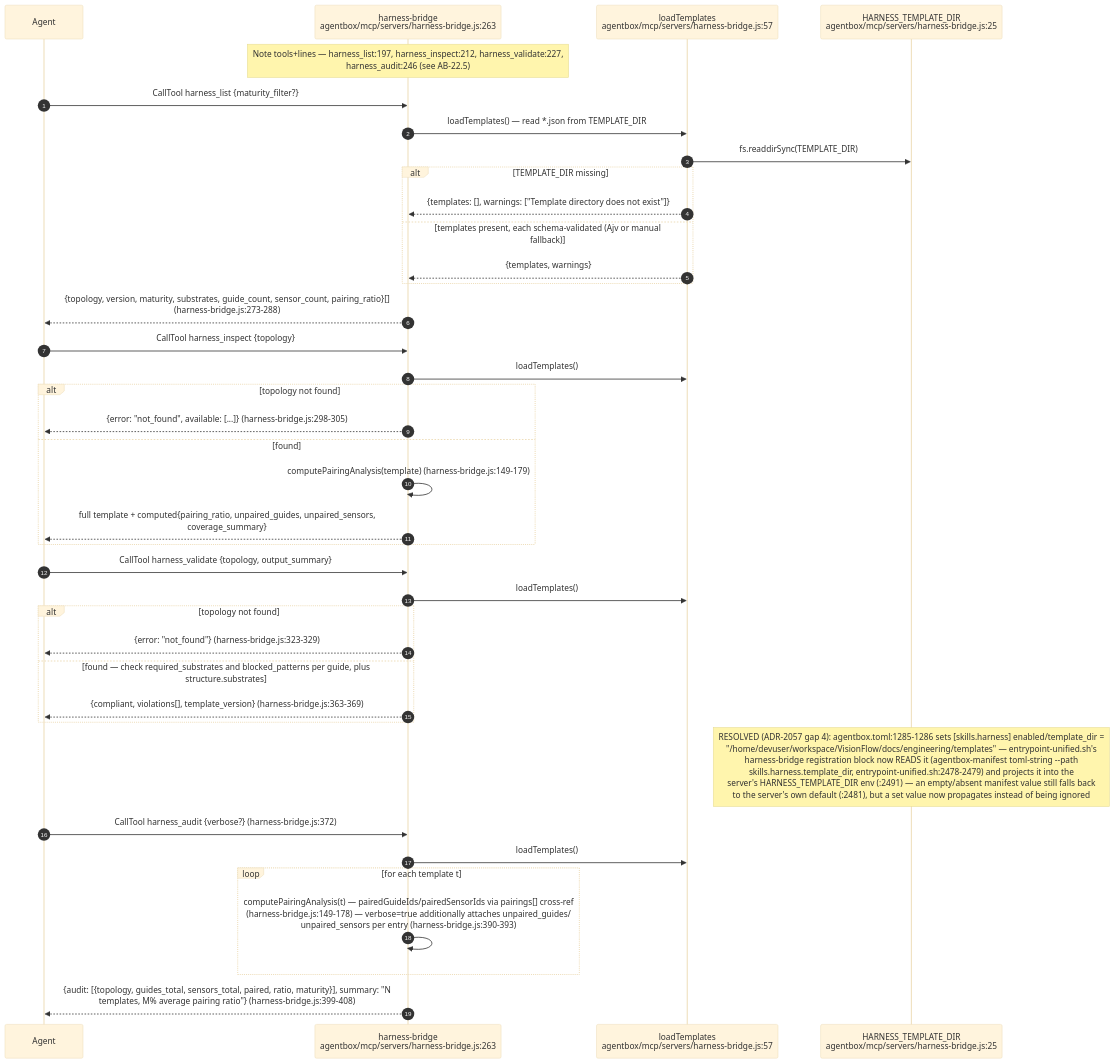
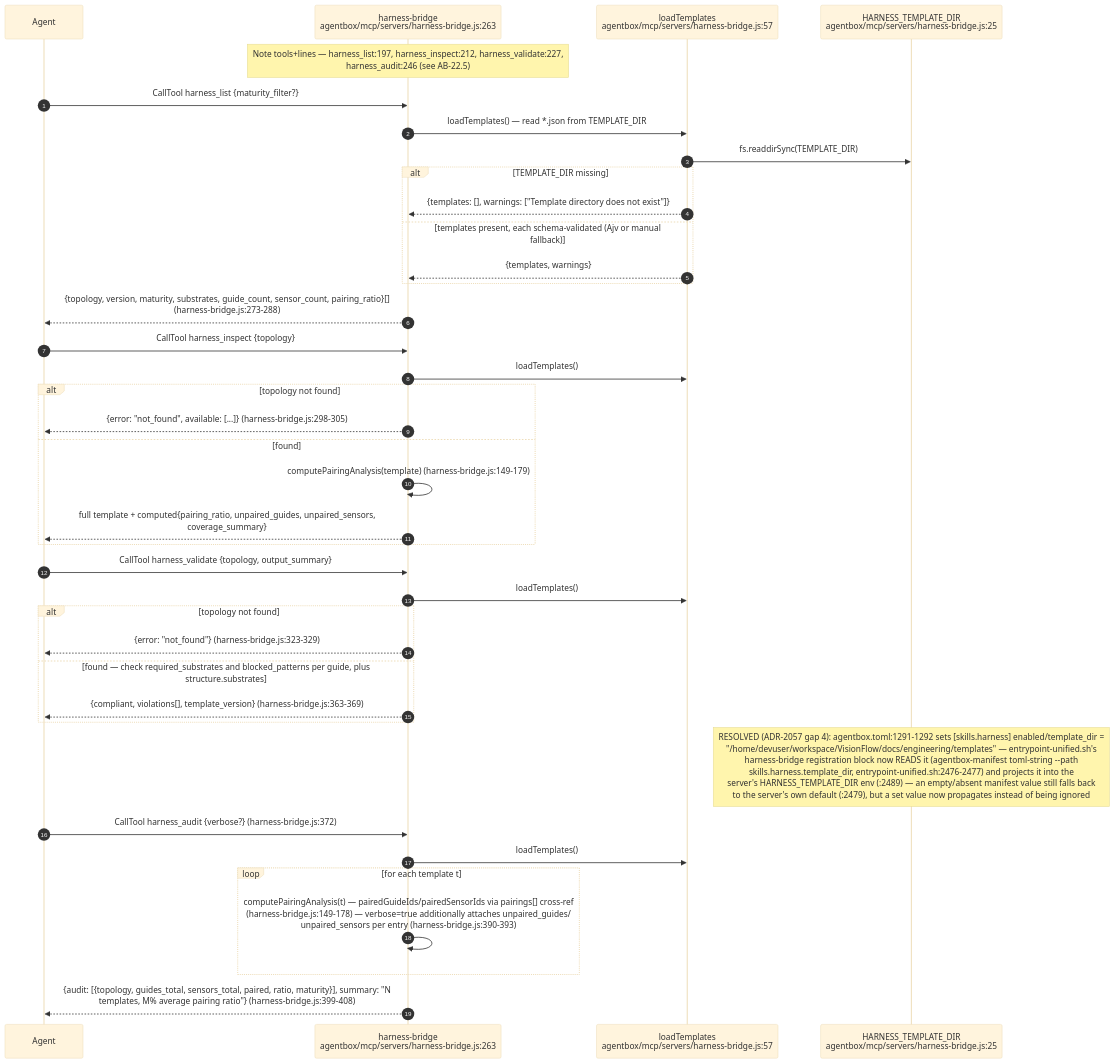
One commit to DreamLab-AI/VisionFlow changed the fifth of 12 diagrams in docs/diagrams/agentbox/22-skills-and-routing.md. Above: the diagram before and after it, drawn with Mermaid (base theme). The commit also changed other lines of this file and 36 other files, not shown here.

First line of the commit message:
docs(diagrams): re-derive and re-stamp agentbox, dream-engine, visioncraft, visiontouch and vowl topics; drop LAN addresses

````diff
--- a/docs/diagrams/agentbox/22-skills-and-routing.md
+++ b/docs/diagrams/agentbox/22-skills-and-routing.md
@@ -219,44 +220,44 @@
 ```mermaid
 sequenceDiagram
     autonumber
     participant AG as Agent
     participant HB as harness-bridge<br/>agentbox/mcp/servers/harness-bridge.js:263
     participant LT as loadTemplates<br/>agentbox/mcp/servers/harness-bridge.js:57
     participant TD as HARNESS_TEMPLATE_DIR<br/>agentbox/mcp/servers/harness-bridge.js:25
 
     Note over HB: Note tools+lines — harness_list:197, harness_inspect:212, harness_validate:227,<br/>harness_audit:246 (see AB-22.5)
     AG->>HB: CallTool harness_list {maturity_filter?}
     HB->>LT: loadTemplates() — read *.json from TEMPLATE_DIR
     LT->>TD: fs.readdirSync(TEMPLATE_DIR)
     alt TEMPLATE_DIR missing
         LT-->>HB: {templates: [], warnings: ["Template directory does not exist"]}
     else templates present, each schema-validated (Ajv or manual fallback)
         LT-->>HB: {templates, warnings}
     end
     HB-->>AG: {topology, version, maturity, substrates, guide_count, sensor_count, pairing_ratio}[]<br/>(harness-bridge.js:273-288)
 
     AG->>HB: CallTool harness_inspect {topology}
     HB->>LT: loadTemplates()
     alt topology not found
         HB-->>AG: {error: "not_found", available: [...]} (harness-bridge.js:298-305)
     else found
         HB->>HB: computePairingAnalysis(template) (harness-bridge.js:149-179)
         HB-->>AG: full template + computed{pairing_ratio, unpaired_guides, unpaired_sensors,<br/>coverage_summary}
     end
 
     AG->>HB: CallTool harness_validate {topology, output_summary}
     HB->>LT: loadTemplates()
     alt topology not found
         HB-->>AG: {error: "not_found"} (harness-bridge.js:323-329)
     else found — check required_substrates and blocked_patterns per guide, plus structure.substrates
         HB-->>AG: {compliant, violations[], template_version} (harness-bridge.js:363-369)
     end
-    Note over TD: RESOLVED (ADR-2057 gap 4): agentbox.toml:1285-1286 sets [skills.harness] enabled/template_dir =<br/>"/home/devuser/workspace/VisionFlow/docs/engineering/templates" — entrypoint-unified.sh's<br/>harness-bridge registration block now READS it (agentbox-manifest toml-string --path<br/>skills.harness.template_dir, entrypoint-unified.sh:2478-2479) and projects it into the<br/>server's HARNESS_TEMPLATE_DIR env (:2491) — an empty/absent manifest value still falls back<br/>to the server's own default (:2481), but a set value now propagates instead of being ignored
+    Note over TD: RESOLVED (ADR-2057 gap 4): agentbox.toml:1291-1292 sets [skills.harness] enabled/template_dir =<br/>"/home/devuser/workspace/VisionFlow/docs/engineering/templates" — entrypoint-unified.sh's<br/>harness-bridge registration block now READS it (agentbox-manifest toml-string --path<br/>skills.harness.template_dir, entrypoint-unified.sh:2476-2477) and projects it into the<br/>server's HARNESS_TEMPLATE_DIR env (:2489) — an empty/absent manifest value still falls back<br/>to the server's own default (:2479), but a set value now propagates instead of being ignored
 
     AG->>HB: CallTool harness_audit {verbose?} (harness-bridge.js:372)
     HB->>LT: loadTemplates()
     loop for each template t
         HB->>HB: computePairingAnalysis(t) — pairedGuideIds/pairedSensorIds via pairings[] cross-ref<br/>(harness-bridge.js:149-178) — verbose=true additionally attaches unpaired_guides/<br/>unpaired_sensors per entry (harness-bridge.js:390-393)
     end
     HB-->>AG: {audit: [{topology, guides_total, sensors_total, paired, ratio, maturity}], summary: "N<br/>templates, M% average pairing ratio"} (harness-bridge.js:399-408)
 ```
````
